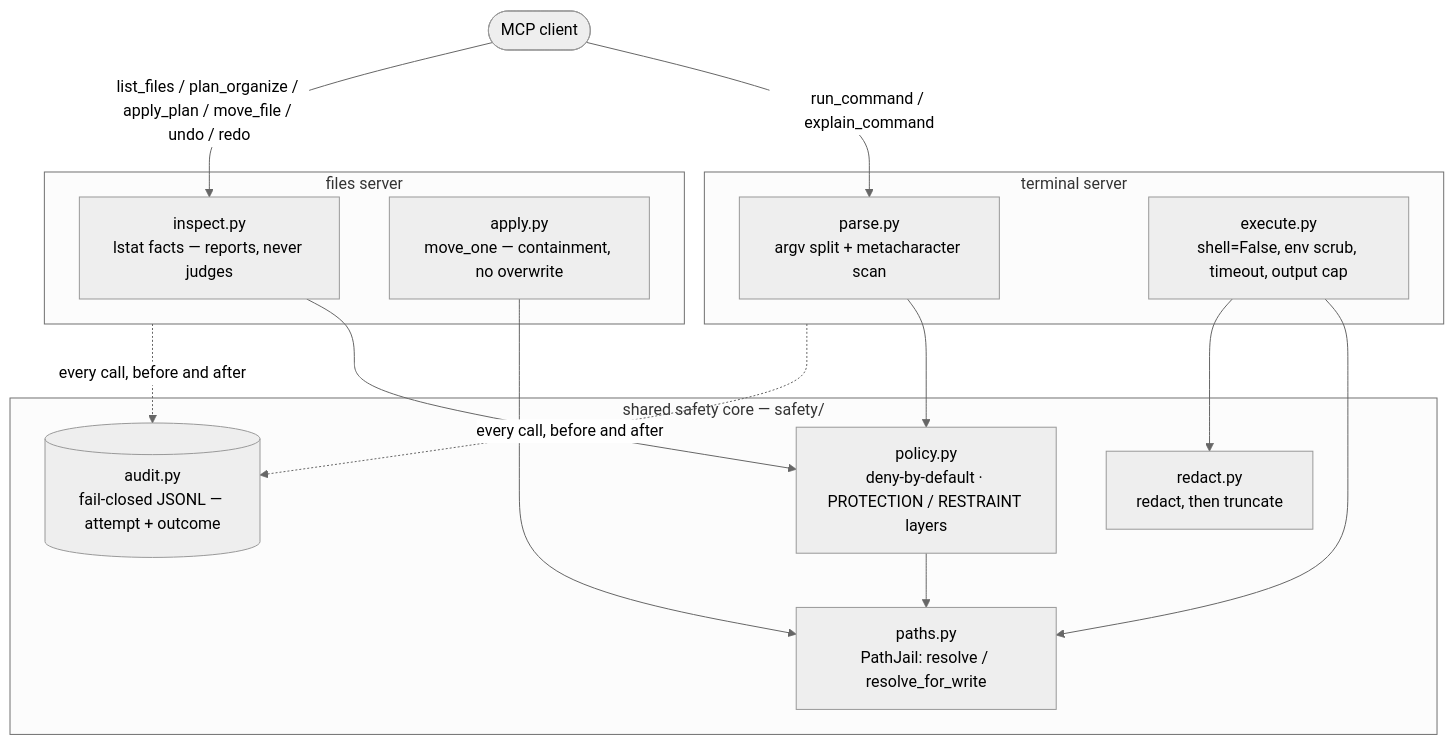
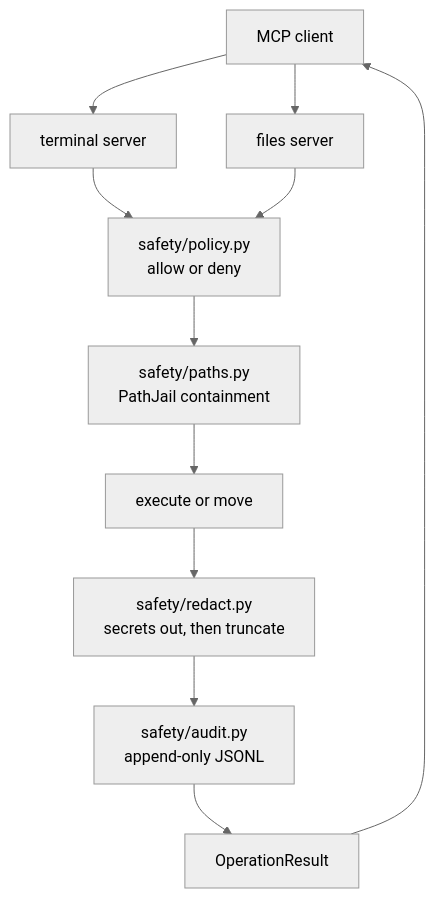
One commit to Asaad-Suliman/safe-mcp-suite changed the diagram in README.md. Above: the diagram before and after it, drawn with Mermaid (neutral theme). The commit also changed other lines of this file, not shown here.

````diff
--- a/README.md
+++ b/README.md
@@ -264,34 +263,13 @@
 ```mermaid
-flowchart TB
-    client(["MCP client"])
-
-    subgraph terminal["terminal server"]
-        tparse["parse.py<br/>argv split + metacharacter scan"]
-        texec["execute.py<br/>shell=False, env scrub, timeout, output cap"]
-    end
-
-    subgraph files["files server"]
-        finspect["inspect.py<br/>lstat facts — reports, never judges"]
-        fapply["apply.py<br/>move_one — containment, no overwrite"]
-    end
-
-    subgraph core["shared safety core — safety/"]
-        policy["policy.py<br/>deny-by-default · PROTECTION / RESTRAINT layers"]
-        paths["paths.py<br/>PathJail: resolve / resolve_for_write"]
-        redact["redact.py<br/>redact, then truncate"]
-        audit[("audit.py<br/>fail-closed JSONL — attempt + outcome")]
-    end
-
-    client -->|run_command / explain_command| tparse
-    client -->|list_files / plan_organize / apply_plan / move_file / undo / redo| finspect
-
-    tparse --> policy
-    finspect --> policy
-    policy --> paths
-    texec --> paths
-    fapply --> paths
-    texec --> redact
-
-    terminal -.->|every call, before and after| audit
-    files -.->|every call, before and after| audit
+flowchart TD
+    A["MCP client"] --> B["terminal server"]
+    A --> C["files server"]
+    B --> D["safety/policy.py<br/>allow or deny"]
+    C --> D
+    D --> E["safety/paths.py<br/>PathJail containment"]
+    E --> F["execute or move"]
+    F --> G["safety/redact.py<br/>secrets out, then truncate"]
+    G --> H["safety/audit.py<br/>append-only JSONL"]
+    H --> I["OperationResult"]
+    I --> A
 ```
````
